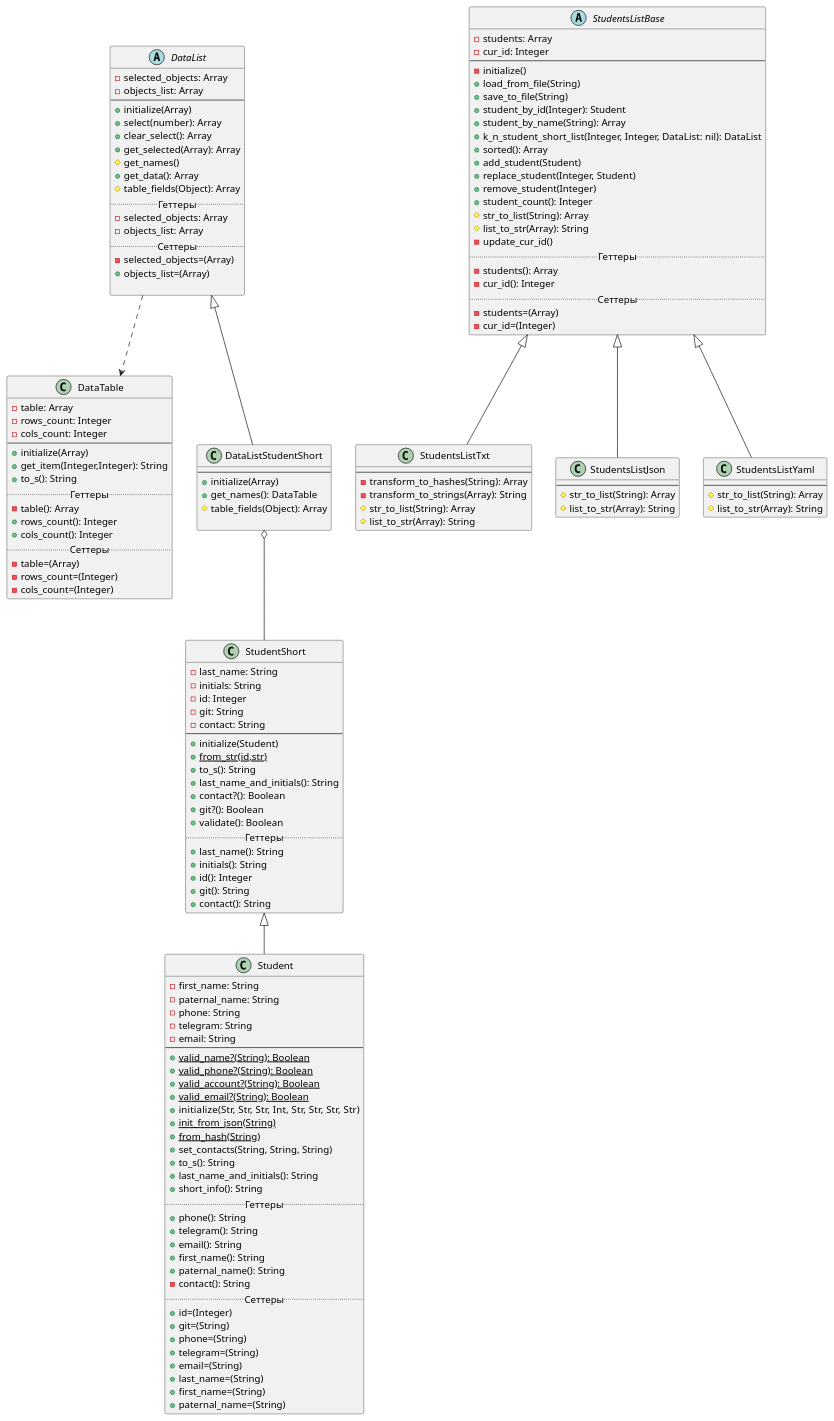
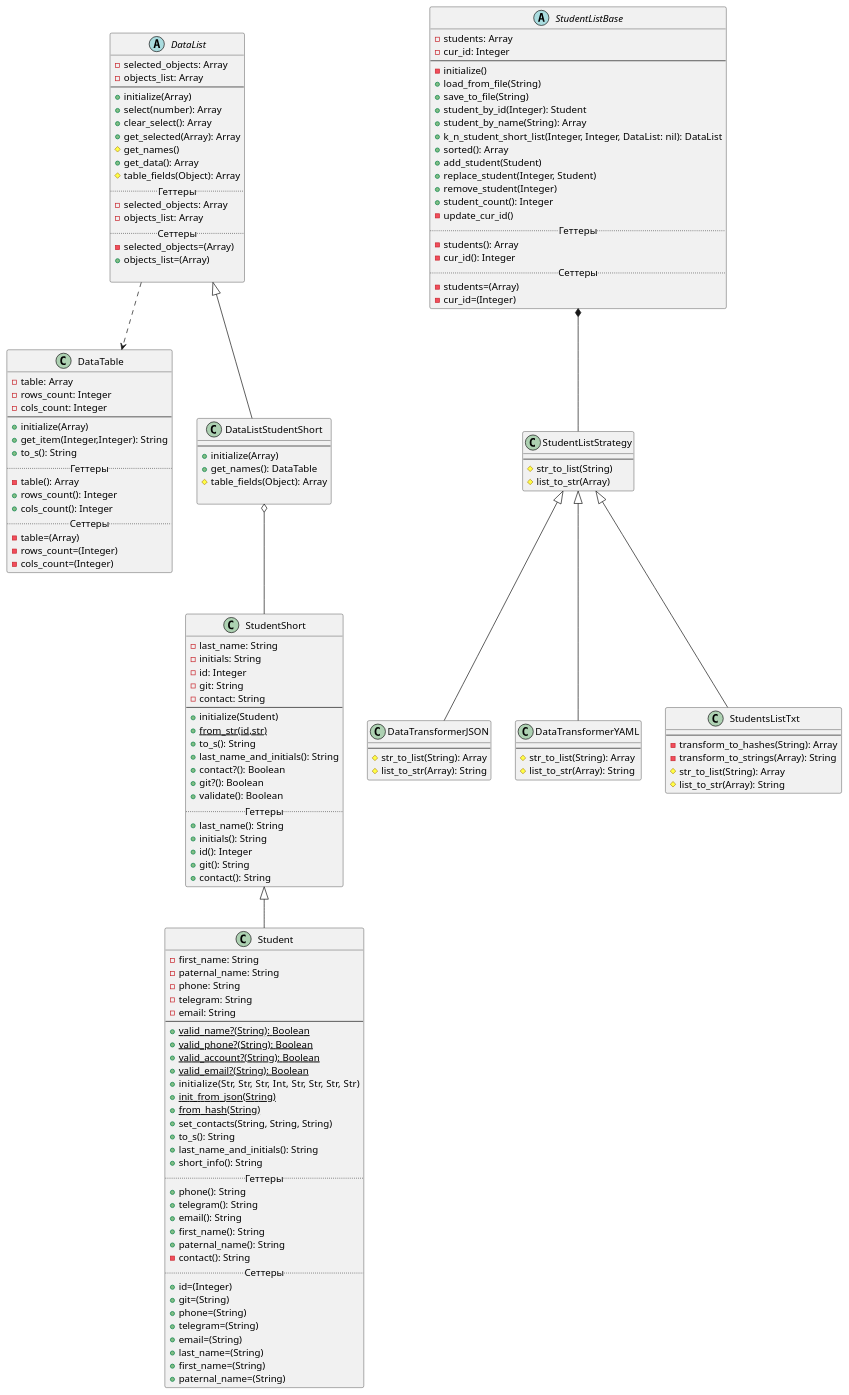
One commit to waasabi13/ruby_labs changed the diagram in Diagrams/class_diagram_lab2.puml. Above: the diagram before and after it, drawn with PlantUML. The commit also changed 7 other files, not shown here.

```diff
--- a/Diagrams/class_diagram_lab2.puml
+++ b/Diagrams/class_diagram_lab2.puml
@@ -1,160 +1,160 @@
-@startuml
-'https://plantuml.com/class-diagram
-
 class StudentShort
 {
     -last_name: String
     -initials: String
     -id: Integer
     -git: String
     -contact: String
 --
     +initialize(Student)
     +{static}from_str(id,str)
     +to_s(): String
     +last_name_and_initials(): String
     +contact?(): Boolean
     +git?(): Boolean
     +validate(): Boolean
 .. Геттеры ..
     +last_name(): String
     +initials(): String
     +id(): Integer
     +git(): String
     +contact(): String
 }
 
 class Student extends StudentShort {
     -first_name: String
     -paternal_name: String
     -phone: String
     -telegram: String
     -email: String
 --
     +{static}valid_name?(String): Boolean
     +{static}valid_phone?(String): Boolean
     +{static}valid_account?(String): Boolean
     +{static}valid_email?(String): Boolean
     +initialize(Str, Str, Str, Int, Str, Str, Str, Str)
     +{static}init_from_json(String)
     +{static}from_hash(String)
     +set_contacts(String, String, String)
     +to_s(): String
     +last_name_and_initials(): String
     +short_info(): String
     .. Геттеры ..
     +phone(): String
     +telegram(): String
     +email(): String
     +first_name(): String
     +paternal_name(): String
     -contact(): String
     .. Сеттеры ..
     +id=(Integer)
     +git=(String)
     +phone=(String)
     +telegram=(String)
     +email=(String)
     +last_name=(String)
     +first_name=(String)
     +paternal_name=(String)
 }
 
 abstract class DataList
 {
     -selected_objects: Array
     -objects_list: Array
 --
     +initialize(Array)
     +select(number): Array
     +clear_select(): Array
     +get_selected(Array): Array
     #get_names()
     +get_data(): Array
     #table_fields(Object): Array
     ..Геттеры..
     -selected_objects: Array
     -objects_list: Array
     ..Сеттеры..
     -selected_objects=(Array)
     +objects_list=(Array)
 
 }
 class DataTable
 {
     -table: Array
     -rows_count: Integer
     -cols_count: Integer
 --
     +initialize(Array)
     +get_item(Integer,Integer): String
     +to_s(): String
     ..Геттеры..
     -table(): Array
     +rows_count(): Integer
     +cols_count(): Integer
     ..Сеттеры..
     -table=(Array)
     -rows_count=(Integer)
     -cols_count=(Integer)
 }
 
 class DataListStudentShort extends DataList{
      --
      +initialize(Array)
      +get_names(): DataTable
     #table_fields(Object): Array
 
  }
 
 
-abstract class StudentsListBase {
+abstract class StudentListBase {
      -students: Array
      -cur_id: Integer
      --
      -initialize()
      +load_from_file(String)
      +save_to_file(String)
      +student_by_id(Integer): Student
      +student_by_name(String): Array
      +k_n_student_short_list(Integer, Integer, DataList: nil): DataList
      +sorted(): Array
      +add_student(Student)
      +replace_student(Integer, Student)
      +remove_student(Integer)
      +student_count(): Integer
-     #str_to_list(String): Array
-     #list_to_str(Array): String
      -update_cur_id()
      .. Геттеры ..
      -students(): Array
      -cur_id(): Integer
      .. Сеттеры ..
      -students=(Array)
      -cur_id=(Integer)
  }
 
- class StudentsListTxt extends StudentsListBase {
+class StudentListStrategy {
+    --
+    #str_to_list(String)
+    #list_to_str(Array)
+}
+
+class DataTransformerJSON extends StudentListStrategy {
+    --
+    #str_to_list(String): Array
+    #list_to_str(Array): String
+}
+
+class DataTransformerYAML extends StudentListStrategy {
+    --
+    #str_to_list(String): Array
+    #list_to_str(Array): String
+}
+
+ class StudentsListTxt extends StudentListStrategy {
      --
      -transform_to_hashes(String): Array
      -transform_to_strings(Array): String
      #str_to_list(String): Array
      #list_to_str(Array): String
  }
 
- class StudentsListJson extends StudentsListBase {
-     --
-     #str_to_list(String): Array
-     #list_to_str(Array): String
- }
-
- class StudentsListYaml extends StudentsListBase {
-     --
-     #str_to_list(String): Array
-     #list_to_str(Array): String
- }
-
 DataList ..> DataTable
-
+StudentListBase *-- StudentListStrategy
 DataListStudentShort o-- StudentShort
-@enduml
```
